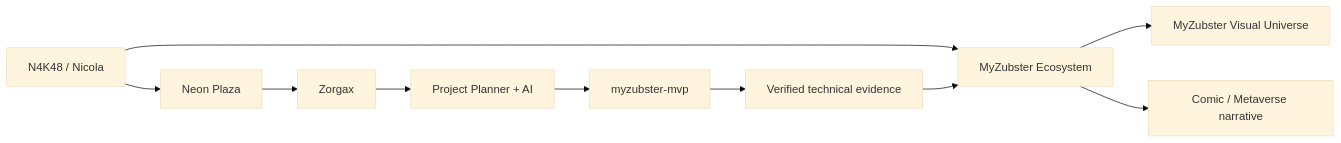
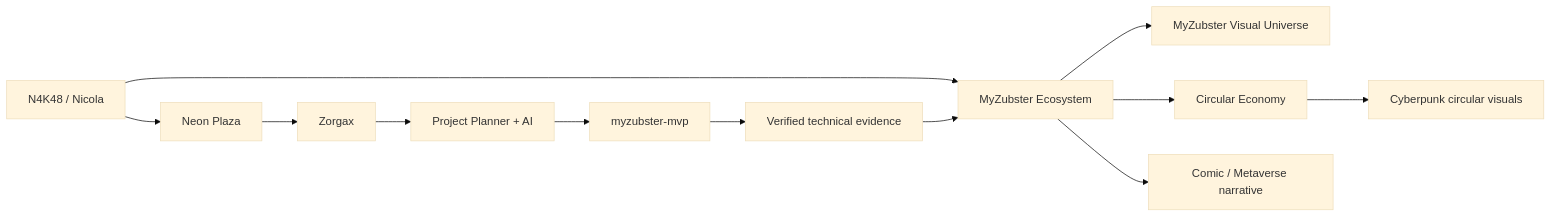
One commit to nicolaususnicola-lgtm/myzubster-mvp changed the second of 2 diagrams in README.md. Above: the diagram before and after it, drawn with Mermaid (base theme). The commit also changed other lines of this file, not shown here.

Commit message:
docs: connect main README to N4K48 circular economy visuals

````diff
--- a/README.md
+++ b/README.md
@@ -59,12 +91,14 @@
 ```mermaid
 flowchart LR
     N4K48["N4K48 / Nicola"] --> NP["Neon Plaza"]
     NP --> Z["Zorgax"]
     Z --> PP["Project Planner + AI"]
     PP --> MVP["myzubster-mvp"]
     MVP --> EV["Verified technical evidence"]
     N4K48 --> MYZ["MyZubster Ecosystem"]
     MYZ --> VIS["MyZubster Visual Universe"]
+    MYZ --> CE["Circular Economy"]
     MYZ --> COMIC["Comic / Metaverse narrative"]
+    CE --> CV["Cyberpunk circular visuals"]
     EV --> MYZ
 ```
````
